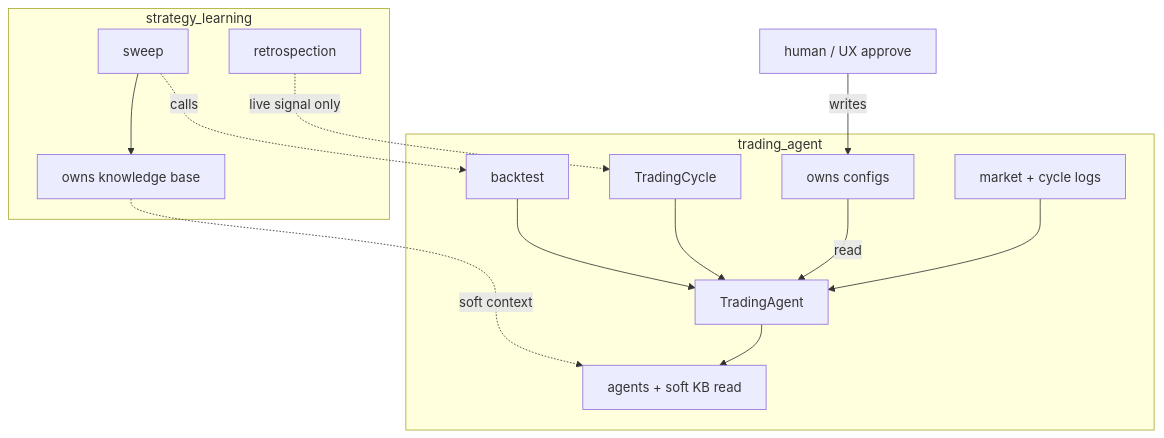
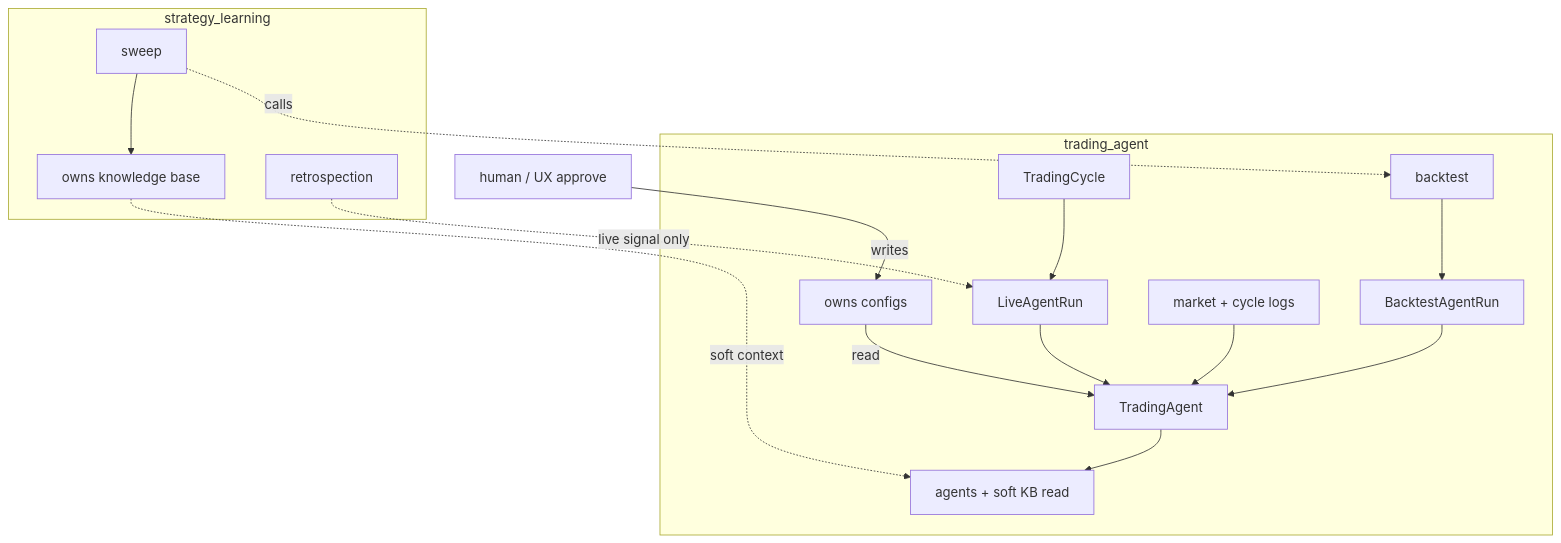
The diagram in docs/agents/codebase.md (yetigong/trading-agent), drawn with Mermaid before and after one commit. The commit also changed other lines of this file and 12 other files, not shown here.

First line of the commit message:
Add LiveAgentRun and BacktestAgentRun modes for Phase 4.5.2.

````diff
--- a/docs/agents/codebase.md
+++ b/docs/agents/codebase.md
@@ -38,27 +38,29 @@
 ```mermaid
 flowchart TB
     subgraph ta [trading_agent]
         TC[TradingCycle]
+        Live[LiveAgentRun]
+        BTRun[BacktestAgentRun]
         TA[TradingAgent]
         BT[backtest]
         Cfg[owns configs]
         MD[market + cycle logs]
         AG[agents + soft KB read]
     end
 
     subgraph sl [strategy_learning]
         KB[owns knowledge base]
         Sweep[sweep]
         Retro[retrospection]
     end
 
-    TC --> TA --> AG
-    BT --> TA
+    TC --> Live --> TA --> AG
+    BT --> BTRun --> TA
     Cfg -->|"read"| TA
     MD --> TA
-    Retro -.->|"live signal only"| TC
+    Retro -.->|"live signal only"| Live
     Sweep -.->|"calls"| BT
     Sweep --> KB
     KB -.->|"soft context"| AG
     Human[human / UX approve] -->|"writes"| Cfg
 ```
````
